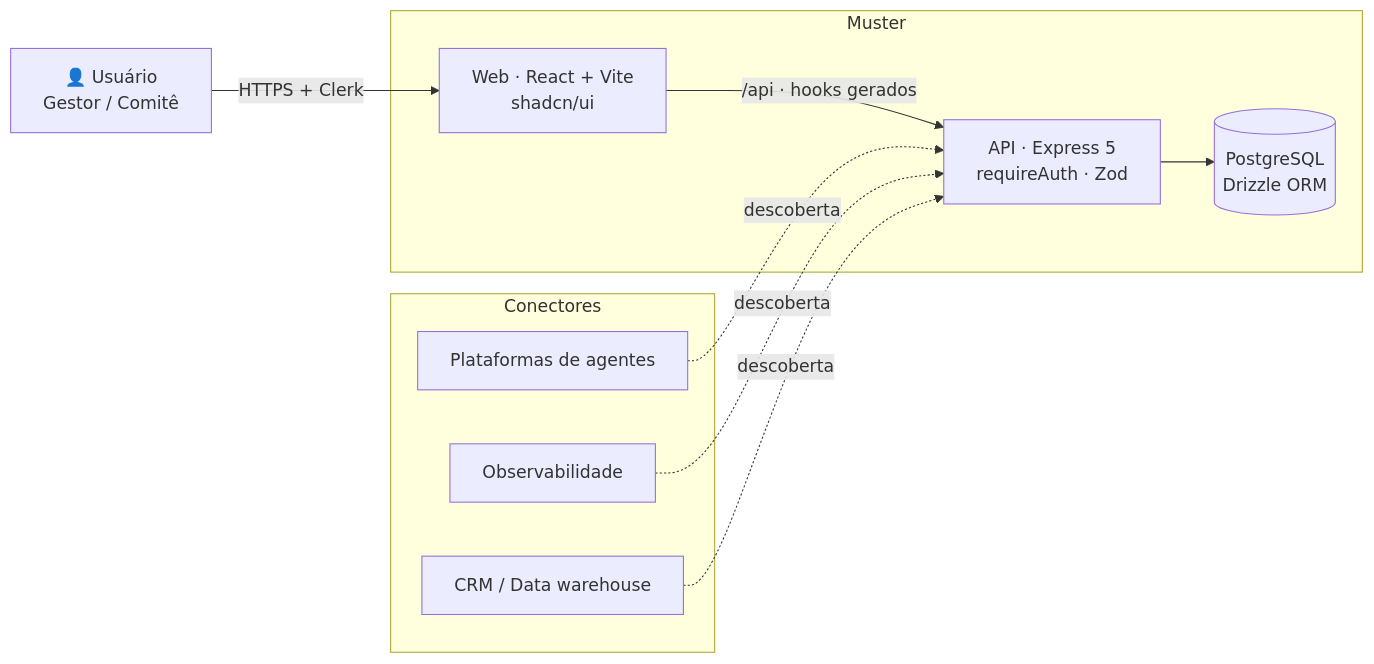
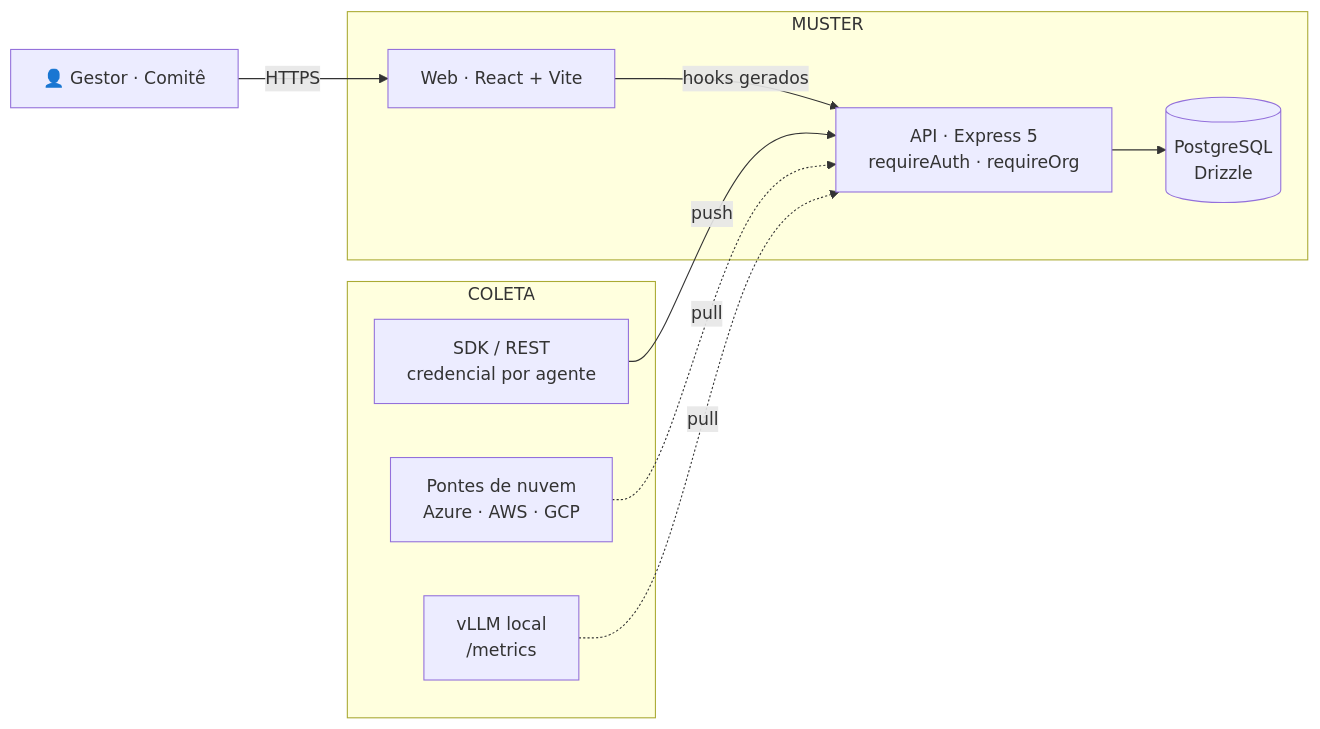
One commit to Brunooacks/Muster-AI-Workforce-Operations changed the diagram in README.md. Above: the diagram before and after it, drawn with Mermaid. The commit also changed other lines of this file and 11 other files, not shown here.

````diff
--- a/README.md
+++ b/README.md
@@ -79,23 +130,22 @@
 ```mermaid
 flowchart LR
-    U[👤 Usuário<br/>Gestor / Comitê] -->|HTTPS + Clerk| W
+    U[👤 Gestor · Comitê] -->|HTTPS| W
 
-    subgraph Muster
-      W[Web · React + Vite<br/>shadcn/ui]
-      A[API · Express 5<br/>requireAuth · Zod]
-      DB[(PostgreSQL<br/>Drizzle ORM)]
+    subgraph MUSTER
+      W[Web · React + Vite]
+      A[API · Express 5<br/>requireAuth · requireOrg]
+      DB[(PostgreSQL<br/>Drizzle)]
+      W -->|hooks gerados| A
+      A --> DB
     end
 
-    W -->|/api · hooks gerados| A
-    A --> DB
-
-    subgraph Conectores
-      C1[Plataformas de agentes]
-      C2[Observabilidade]
-      C3[CRM / Data warehouse]
+    subgraph COLETA
+      P1[SDK / REST<br/>credencial por agente]
+      P2[Pontes de nuvem<br/>Azure · AWS · GCP]
+      P3[vLLM local<br/>/metrics]
     end
 
-    C1 -. descoberta .-> A
-    C2 -. descoberta .-> A
-    C3 -. descoberta .-> A
+    P1 -->|push| A
+    P2 -.->|pull| A
+    P3 -.->|pull| A
 ```
````
